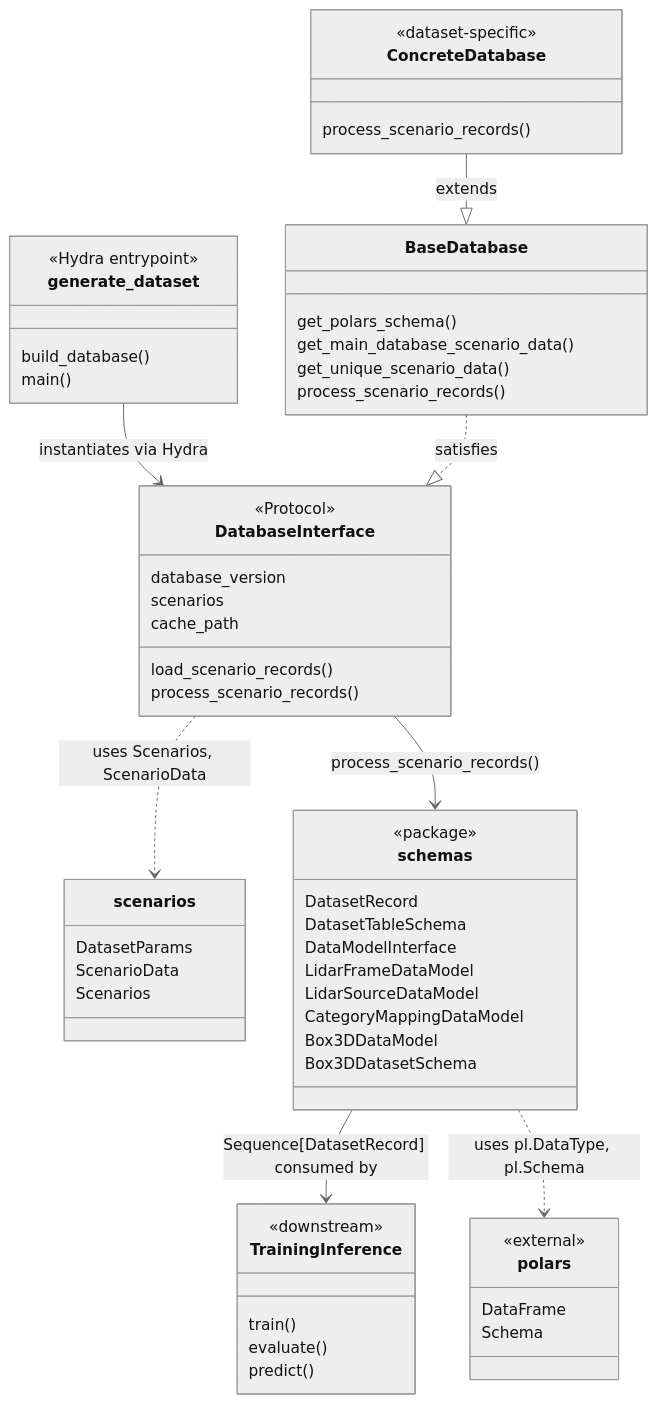
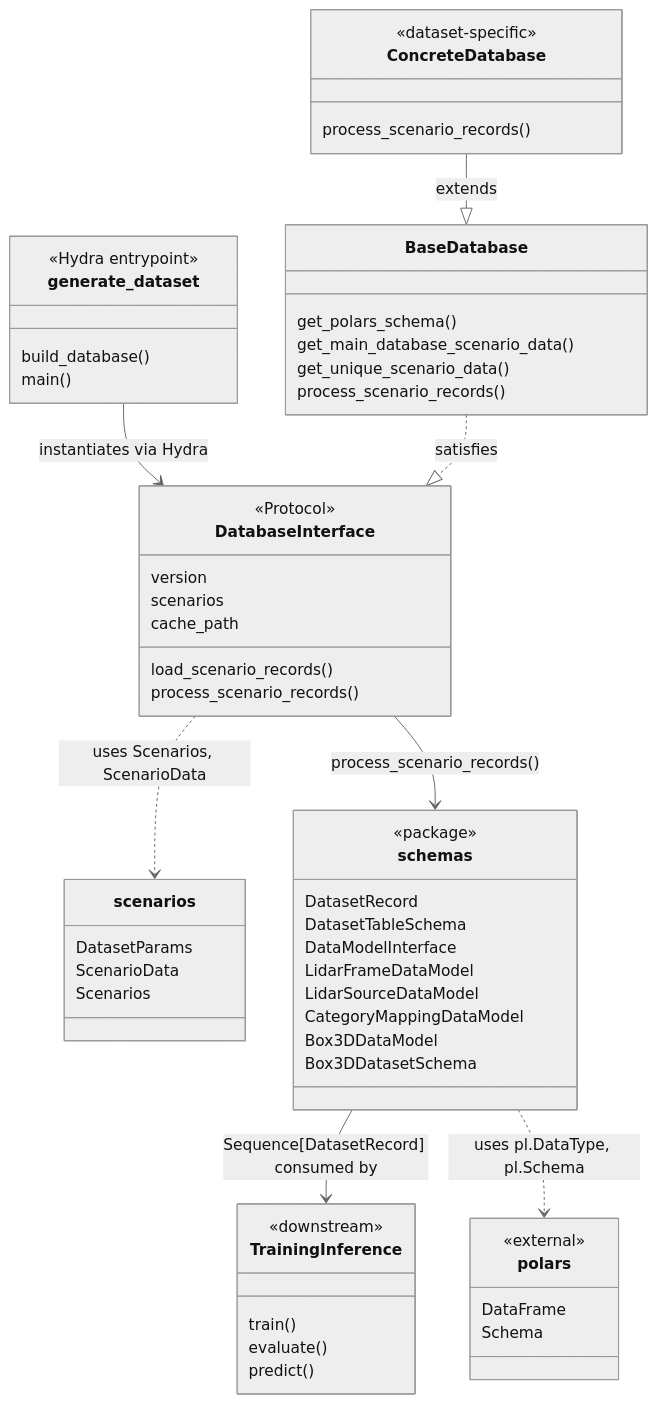
One commit to tier4/autoware-ml changed the diagram in docs/databases/design.md. Above: the diagram before and after it, drawn with Mermaid (neutral theme). The commit also changed other lines of this file and 32 other files, not shown here.

````diff
--- a/docs/databases/design.md
+++ b/docs/databases/design.md
@@ -11,74 +11,74 @@
 ```mermaid
 classDiagram
     direction TB
 
     class generate_dataset {
         <<Hydra entrypoint>>
         build_database()
         main()
     }
 
     class DatabaseInterface {
         <<Protocol>>
-        database_version
+        version
         scenarios
         cache_path
         load_scenario_records()
         process_scenario_records()
     }
 
     class BaseDatabase {
         get_polars_schema()
         get_main_database_scenario_data()
         get_unique_scenario_data()
         process_scenario_records()
     }
 
     class scenarios {
         DatasetParams
         ScenarioData
         Scenarios
     }
 
     class schemas {
         <<package>>
         DatasetRecord
         DatasetTableSchema
         DataModelInterface
         LidarFrameDataModel
         LidarSourceDataModel
         CategoryMappingDataModel
         Box3DDataModel
         Box3DDatasetSchema
     }
 
     class polars {
         <<external>>
         DataFrame
         Schema
     }
 
     class ConcreteDatabase {
         <<dataset-specific>>
         process_scenario_records()
     }
 
     class TrainingInference {
         <<downstream>>
         train()
         evaluate()
         predict()
     }
 
     generate_dataset --> DatabaseInterface : instantiates via Hydra
 
     DatabaseInterface ..> scenarios : uses Scenarios, ScenarioData
     DatabaseInterface --> schemas : process_scenario_records()
 
     BaseDatabase ..|> DatabaseInterface : satisfies
     ConcreteDatabase --|> BaseDatabase : extends
 
     schemas --> TrainingInference : Sequence[DatasetRecord] consumed by
 
     schemas ..> polars : uses pl.DataType, pl.Schema
 ```
````
